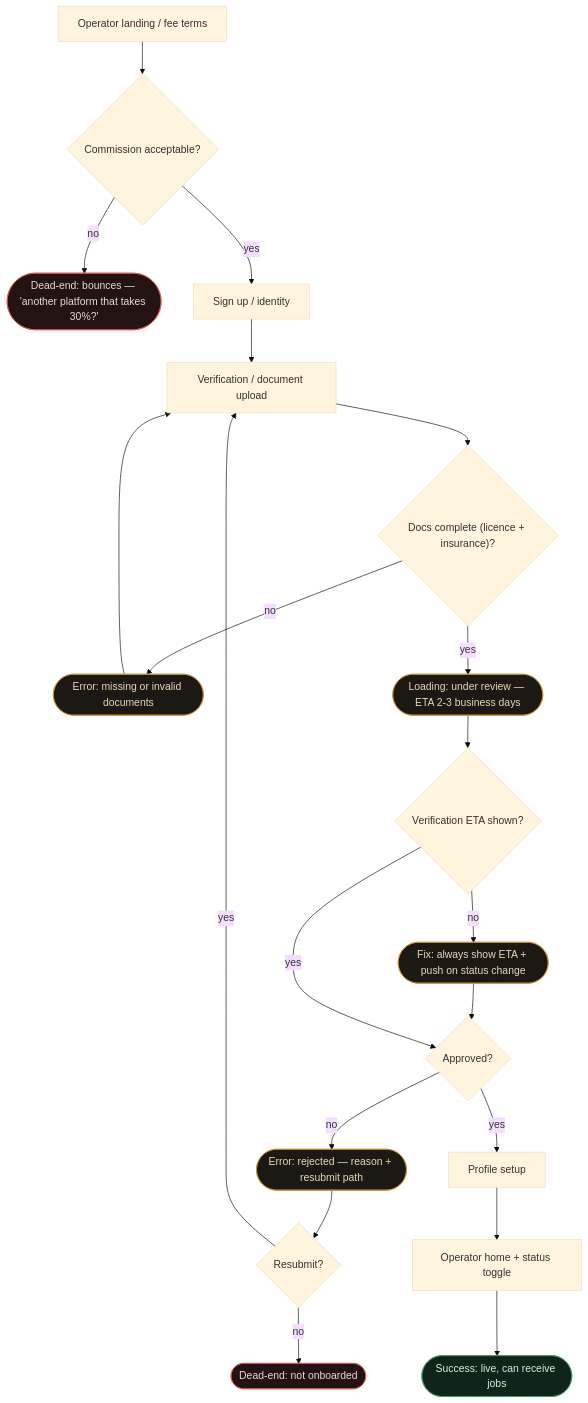
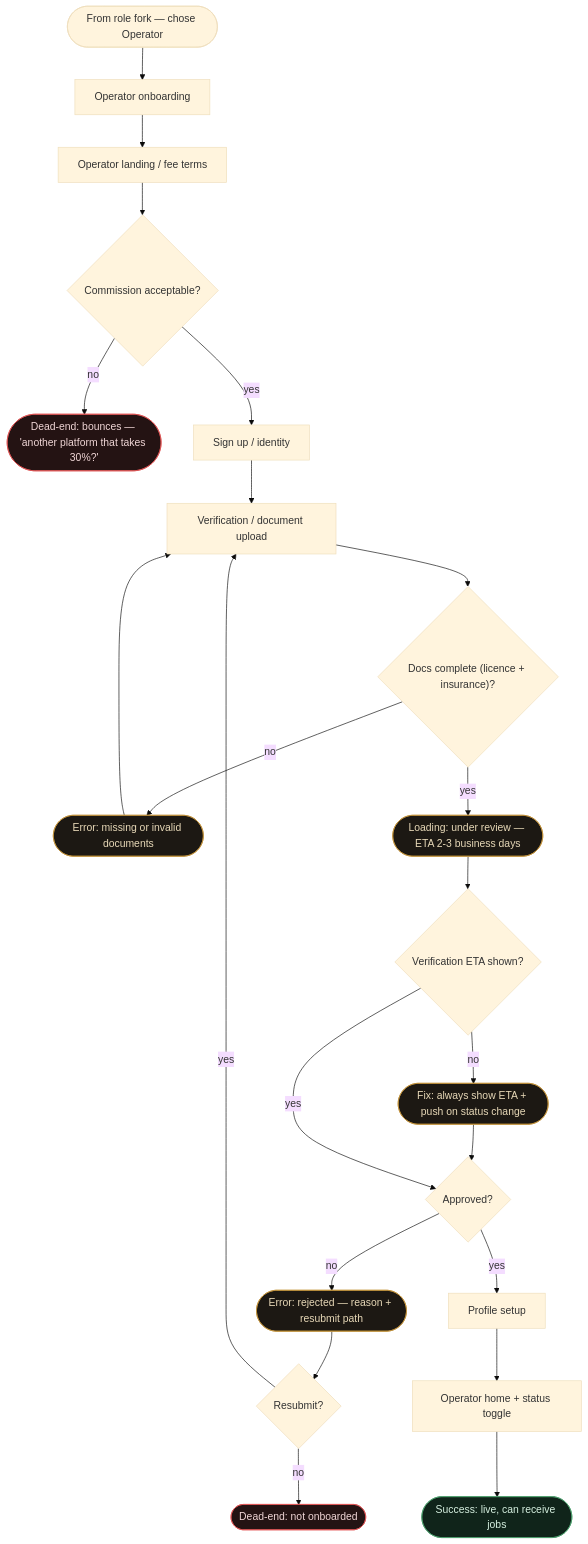
Before and after one commit to OlenkaBozhenko/DRON: diagram 12 of 13 in flows.md, drawn with Mermaid (base theme). The commit also changed other lines of this file and 13 other files, not shown here.

````diff
--- a/flows.md
+++ b/flows.md
@@ -505,25 +575,27 @@
 ```mermaid
 flowchart TD
-  L["Operator landing / fee terms"] --> D0{"Commission acceptable?"}
+  RF(["From role fork — chose Operator"]) --> OB["Operator onboarding"]
+  OB --> L["Operator landing / fee terms"]
+  L --> D0{"Commission acceptable?"}
   D0 -->|no| X0(["Dead-end: bounces — 'another platform that takes 30%?'"]):::dead
   D0 -->|yes| SU["Sign up / identity"]
   SU --> VU["Verification / document upload"]
   VU --> D1{"Docs complete (licence + insurance)?"}
   D1 -->|no| E1(["Error: missing or invalid documents"]):::state
   E1 --> VU
   D1 -->|yes| PEND(["Loading: under review — ETA 2-3 business days"]):::state
   PEND --> D2{"Verification ETA shown?"}
   D2 -->|no| NOETA(["Fix: always show ETA + push on status change"]):::state
   NOETA --> D3
   D2 -->|yes| D3{"Approved?"}
   D3 -->|no| E2(["Error: rejected — reason + resubmit path"]):::state
   E2 --> D4{"Resubmit?"}
   D4 -->|yes| VU
   D4 -->|no| X2(["Dead-end: not onboarded"]):::dead
   D3 -->|yes| PS["Profile setup"]
   PS --> HOME["Operator home + status toggle"]
   HOME --> OK(["Success: live, can receive jobs"]):::done
   classDef state fill:#1c1813,stroke:#c4943a,color:#e8d9b8;
   classDef dead fill:#241313,stroke:#e05252,color:#f0d6d6;
   classDef done fill:#10241a,stroke:#4a9e6b,color:#d6f0e0;
 ```
````
